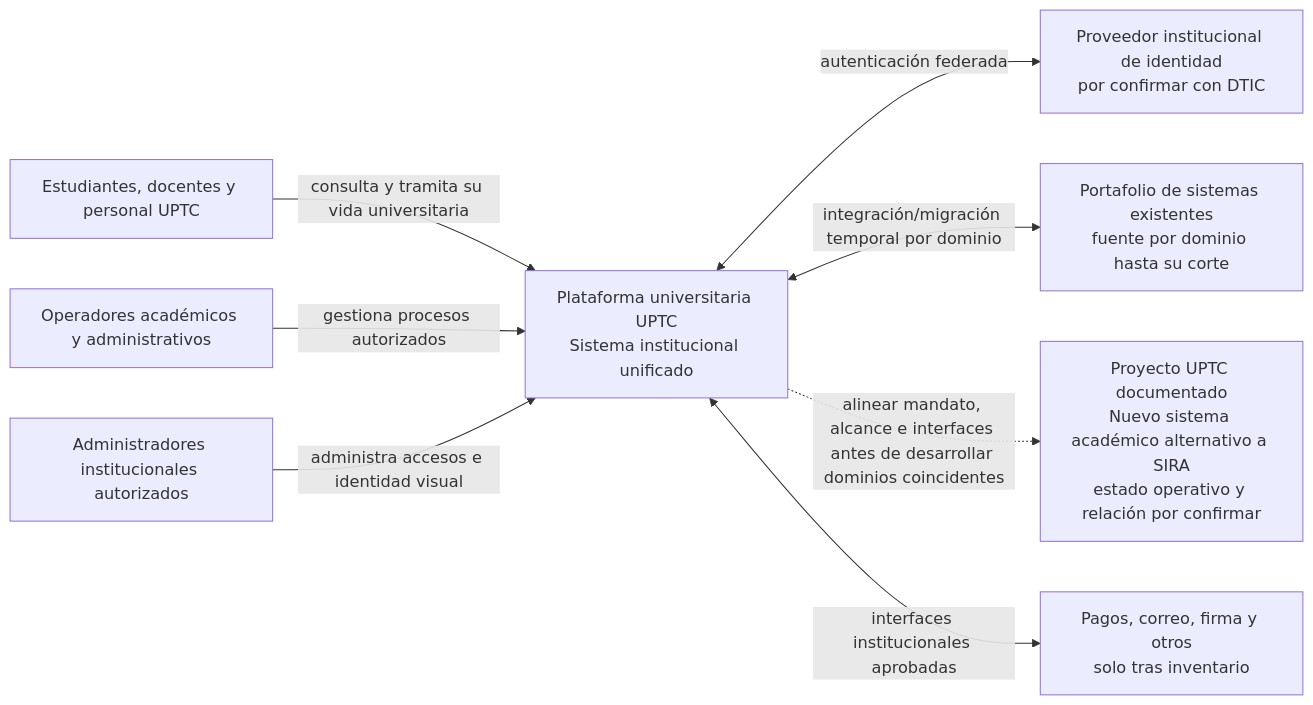
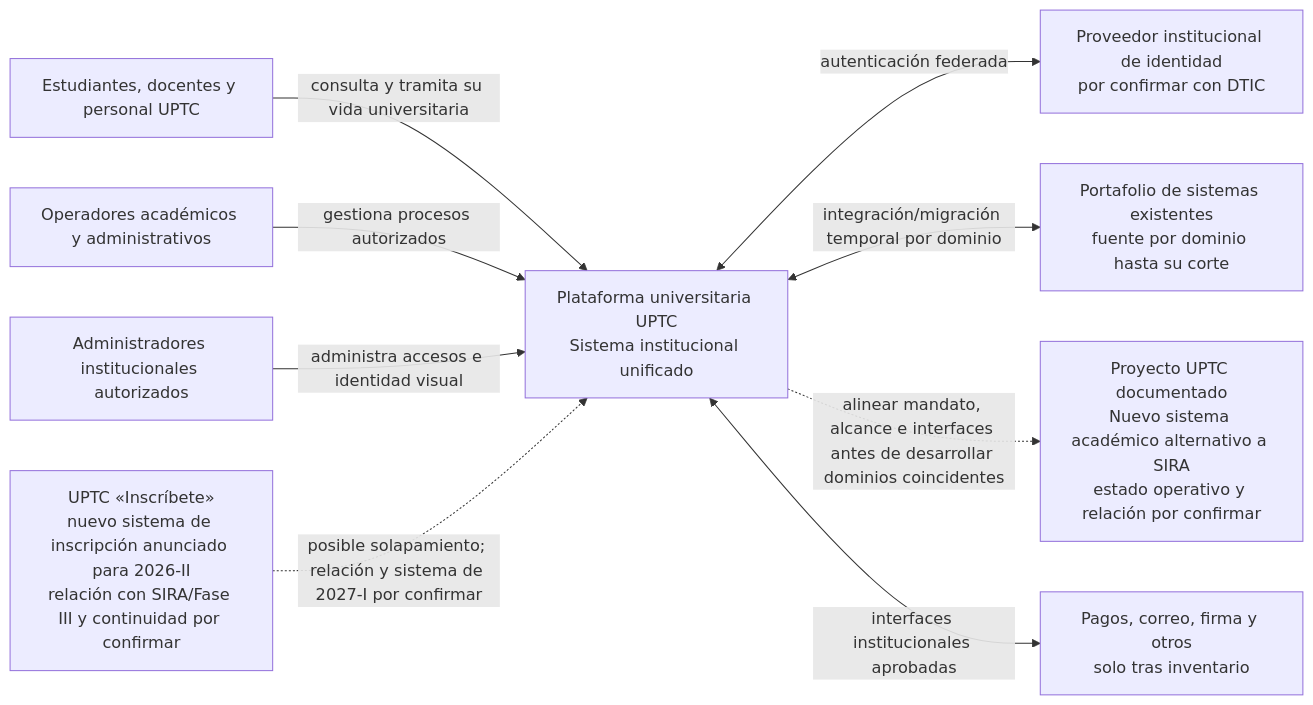
One commit to jdsalasca/open-university-backend changed the first of 3 diagrams in docs/architecture/c4.md. Above: the diagram before and after it, drawn with Mermaid. The commit also changed other lines of this file and 8 other files, not shown here.

````diff
--- a/docs/architecture/c4.md
+++ b/docs/architecture/c4.md
@@ -18,19 +18,21 @@
 ```mermaid
 flowchart LR
   Comunidad[Estudiantes, docentes y personal UPTC]
   Operadores[Operadores académicos y administrativos]
   Administradores[Administradores institucionales autorizados]
   Plataforma[Plataforma universitaria UPTC\nSistema institucional unificado]
   IdP[Proveedor institucional de identidad\npor confirmar con DTIC]
   Legados[Portafolio de sistemas existentes\nfuente por dominio hasta su corte]
   Iniciativa[Proyecto UPTC documentado\nNuevo sistema académico alternativo a SIRA\nestado operativo y relación por confirmar]
+  Inscribete[UPTC «Inscríbete»\nnuevo sistema de inscripción anunciado para 2026-II\nrelación con SIRA/Fase III y continuidad por confirmar]
   Proveedores[Pagos, correo, firma y otros\nsolo tras inventario]
 
   Comunidad -->|consulta y tramita su vida universitaria| Plataforma
   Operadores -->|gestiona procesos autorizados| Plataforma
   Administradores -->|administra accesos e identidad visual| Plataforma
   Plataforma <-->|autenticación federada| IdP
   Plataforma <-->|integración/migración temporal por dominio| Legados
   Plataforma -.->|alinear mandato, alcance e interfaces antes de desarrollar dominios coincidentes| Iniciativa
+  Inscribete -.->|posible solapamiento; relación y sistema de 2027-I por confirmar| Plataforma
   Plataforma <-->|interfaces institucionales aprobadas| Proveedores
 ```
````
